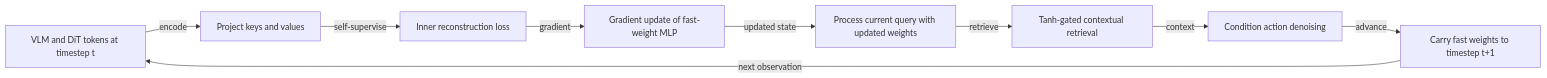
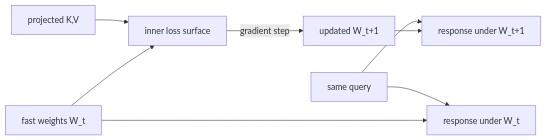
One commit to Betancourt1/paper_atlas changed the second of 3 diagrams in docs/visual-manifests/VISUAL_MANIFEST_ROBOTT.md. Above: the diagram before and after it, drawn with Mermaid. The commit also changed other lines of this file and 52 other files, not shown here.

````diff
--- a/docs/visual-manifests/VISUAL_MANIFEST_ROBOTT.md
+++ b/docs/visual-manifests/VISUAL_MANIFEST_ROBOTT.md
@@ -1209,19 +268,10 @@
 ```mermaid
 flowchart LR
-  inputs["VLM and DiT tokens at timestep t"]
-  kv["Project keys and values"]
-  loss["Inner reconstruction loss"]
-  update["Gradient update of fast-weight MLP"]
-  query["Process current query with updated weights"]
-  gate["Tanh-gated contextual retrieval"]
-  action["Condition action denoising"]
-  carry["Carry fast weights to timestep t+1"]
-  inputs -->|"encode"| kv
-  kv -->|"self-supervise"| loss
-  loss -->|"gradient"| update
-  update -->|"updated state"| query
-  query -->|"retrieve"| gate
-  gate -->|"context"| action
-  action -->|"advance"| carry
-  carry -->|"next observation"| inputs
+  kv["projected K,V"] --> loss["inner loss surface"]
+  wt["fast weights W_t"] --> loss
+  loss -->|gradient step| next["updated W_t+1"]
+  query["same query"] --> before["response under W_t"]
+  query --> after["response under W_t+1"]
+  wt --> before
+  next --> after
 ```
````
